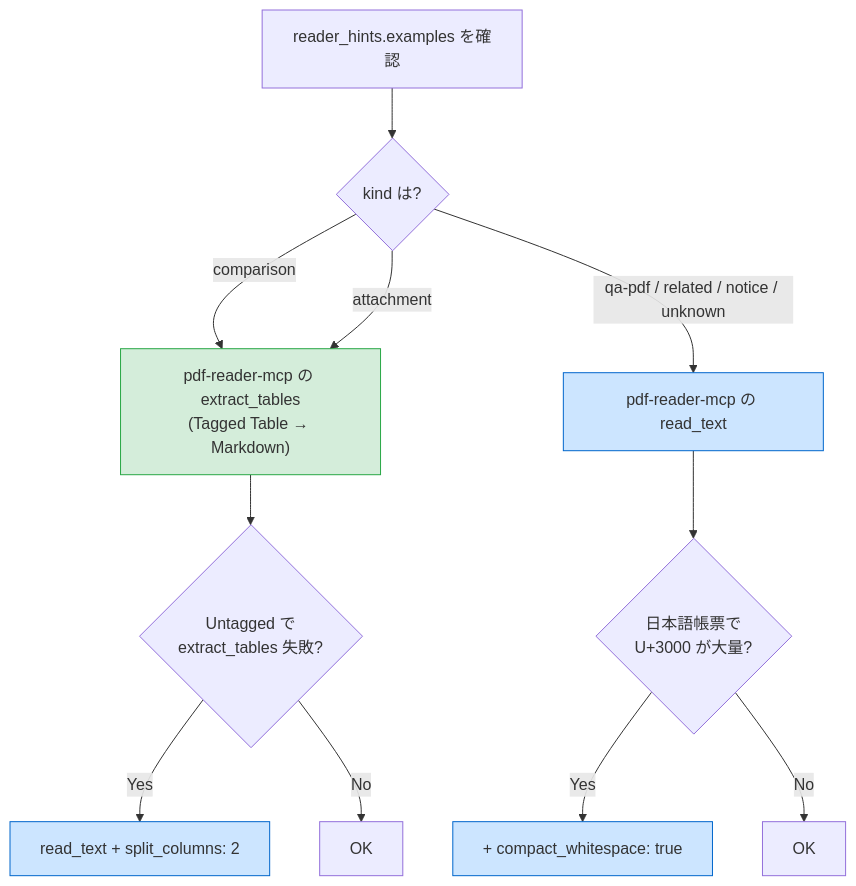
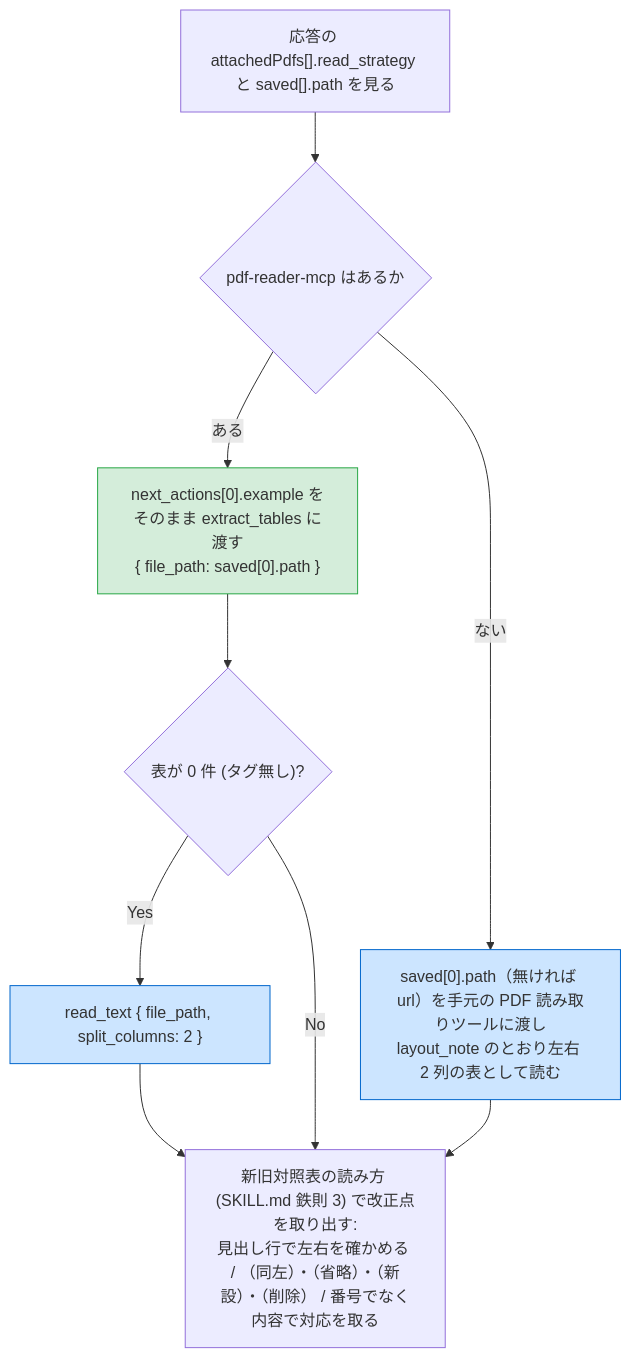
One commit to shuji-bonji/houki-research-skill changed the second of 2 diagrams in skills/houki-research/workflows/tax-research.md. Above: the diagram before and after it, drawn with Mermaid. The commit also changed other lines of this file and 7 other files, not shown here.

First line of the commit message:
feat: 添付 PDF に当たったときの分岐と新旧対照表の読み方を手順に置く（houki-nta-mcp 0.19.0 追随、0.13.0） (#16)

````diff
--- a/skills/houki-research/workflows/tax-research.md
+++ b/skills/houki-research/workflows/tax-research.md
@@ -243,19 +243,17 @@
 ```mermaid
 flowchart TB
-  hint["reader_hints.examples を確認"]
-  hint --> q1{"kind は?"}
-  q1 -->|comparison| t1["pdf-reader-mcp の extract_tables<br/>(Tagged Table → Markdown)"]
-  q1 -->|attachment| t1
-  q1 -->|qa-pdf / related / notice / unknown| t2["pdf-reader-mcp の read_text"]
-  t1 --> q2{"Untagged で<br/>extract_tables 失敗?"}
-  q2 -->|Yes| t3["read_text + split_columns: 2"]
-  q2 -->|No| done1[OK]
-  t2 --> q3{"日本語帳票で<br/>U+3000 が大量?"}
-  q3 -->|Yes| t4["+ compact_whitespace: true"]
-  q3 -->|No| done2[OK]
+  meta["応答の attachedPdfs[].read_strategy と saved[].path を見る"]
+  meta --> reader{"pdf-reader-mcp はあるか"}
+  reader -->|ある| t1["next_actions[0].example をそのまま extract_tables に渡す<br/>{ file_path: saved[0].path }"]
+  reader -->|ない| t2["saved[0].path（無ければ url）を手元の PDF 読み取りツールに渡し<br/>layout_note のとおり左右 2 列の表として読む"]
+  t1 --> q2{"表が 0 件 (タグ無し)?"}
+  q2 -->|Yes| t3["read_text { file_path, split_columns: 2 }"]
+  q2 -->|No| diff
+  t2 --> diff["新旧対照表の読み方 (SKILL.md 鉄則 3) で改正点を取り出す:<br/>見出し行で左右を確かめる / （同左）・（省略）・（新設）・（削除） / 番号でなく内容で対応を取る"]
+  t3 --> diff
 
   classDef pri fill:#d4edda,stroke:#28a745
   classDef sec fill:#cce5ff,stroke:#0066cc
   class t1 pri
-  class t2,t3,t4 sec
+  class t2,t3 sec
 ```
````
